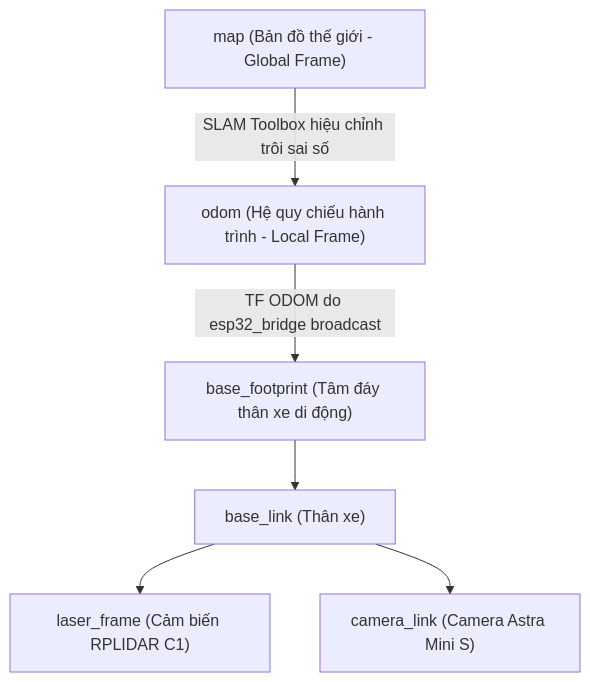
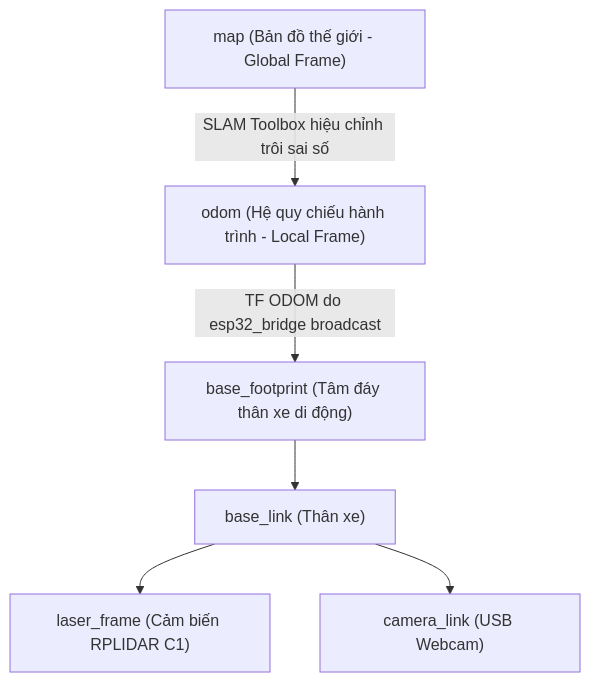
The second of 2 diagrams in GIAO_TIEP_PI_ESP32_VA_ODOMETRY.md (vinhlephu-lpv/robot-ws), drawn with Mermaid before and after one commit. The commit also changed other lines of this file and 135 other files, not shown here.

````diff
--- a/GIAO_TIEP_PI_ESP32_VA_ODOMETRY.md
+++ b/GIAO_TIEP_PI_ESP32_VA_ODOMETRY.md
@@ -147,15 +147,15 @@
 ```mermaid
 graph TD
     map["map (Bản đồ thế giới - Global Frame)"]
     odom["odom (Hệ quy chiếu hành trình - Local Frame)"]
     base_footprint["base_footprint (Tâm đáy thân xe di động)"]
     base_link["base_link (Thân xe)"]
     laser_frame["laser_frame (Cảm biến RPLIDAR C1)"]
-    camera_link["camera_link (Camera Astra Mini S)"]
+    camera_link["camera_link (USB Webcam)"]
 
     map -->|SLAM Toolbox hiệu chỉnh trôi sai số| odom
     odom -->|TF ODOM do esp32_bridge broadcast| base_footprint
     base_footprint --> base_link
     base_link --> laser_frame
     base_link --> camera_link
 ```
````
